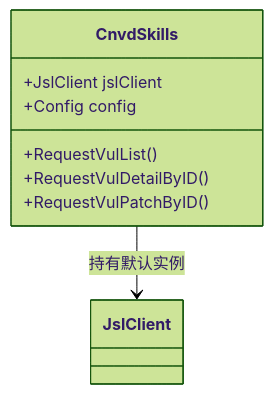
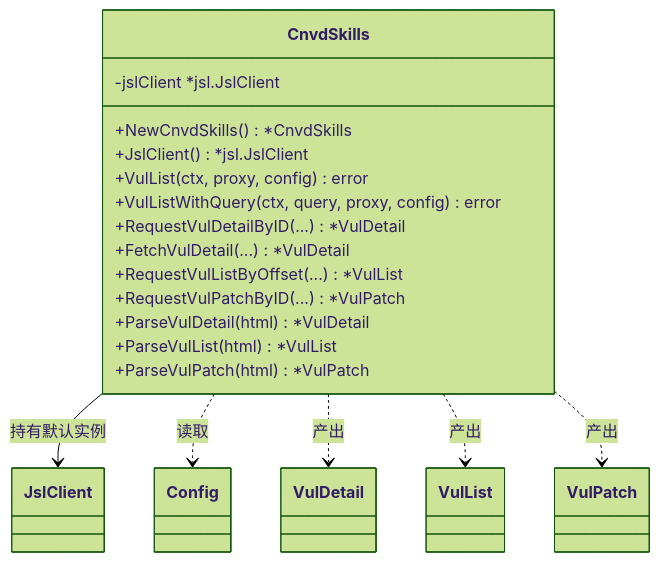
The diagram in website/docs/api-cnvd-skills/cnvd-skills.md (scagogogo/cnvd-skills), drawn with Mermaid (forest theme) before and after one commit. The commit also changed other lines of this file and 59 other files, not shown here.

Commit message:
docs(website): add 60 cnvd_skills API reference pages (types/methods/examples)

````diff
--- a/website/docs/api-cnvd-skills/cnvd-skills.md
+++ b/website/docs/api-cnvd-skills/cnvd-skills.md
@@ -13,12 +80,27 @@
 ```mermaid
 classDiagram
     class CnvdSkills {
-        +JslClient jslClient
-        +Config config
-        +RequestVulList()
-        +RequestVulDetailByID()
-        +RequestVulPatchByID()
+        -jslClient *jsl.JslClient
+        +NewCnvdSkills() *CnvdSkills
+        +JslClient() *jsl.JslClient
+        +VulList(ctx, proxy, config) error
+        +VulListWithQuery(ctx, query, proxy, config) error
+        +RequestVulDetailByID(...) *VulDetail
+        +FetchVulDetail(...) *VulDetail
+        +RequestVulListByOffset(...) *VulList
+        +RequestVulPatchByID(...) *VulPatch
+        +ParseVulDetail(html) *VulDetail
+        +ParseVulList(html) *VulList
+        +ParseVulPatch(html) *VulPatch
     }
     class JslClient
+    class Config
+    class VulDetail
+    class VulList
+    class VulPatch
     CnvdSkills --> JslClient : 持有默认实例
+    CnvdSkills ..> Config : 读取
+    CnvdSkills ..> VulDetail : 产出
+    CnvdSkills ..> VulList : 产出
+    CnvdSkills ..> VulPatch : 产出
 ```
````
